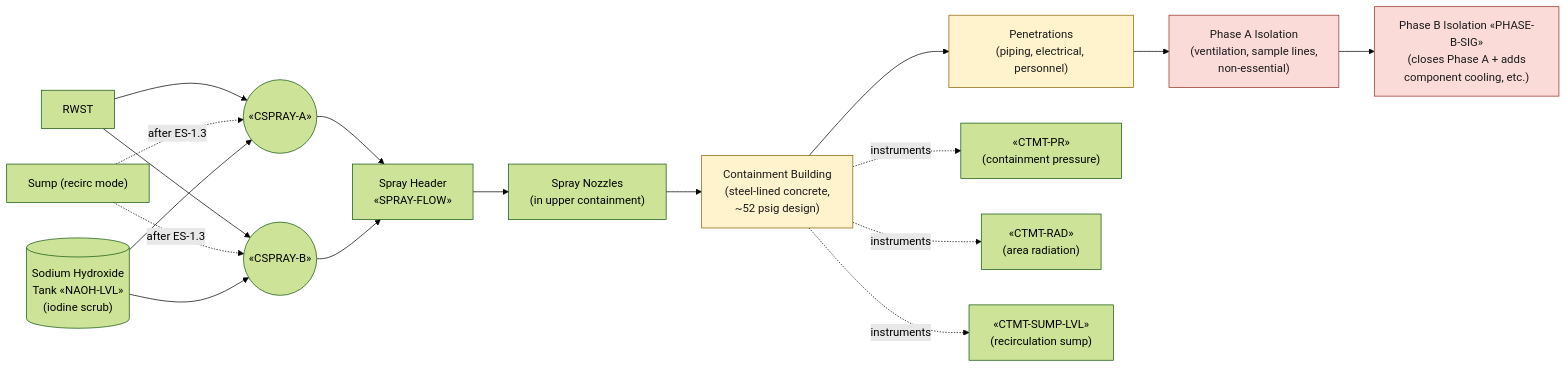
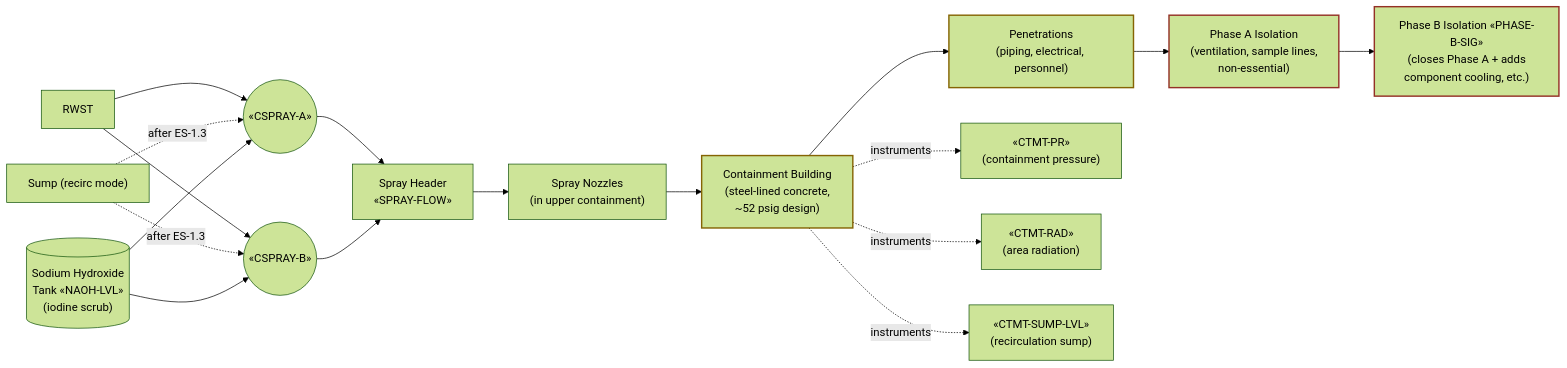
One commit to samsinn-wikis/pwr-ops changed the diagram in wiki/systems/containment.md. Above: the diagram before and after it, drawn with Mermaid (forest theme). The commit also changed 14 other files, not shown here.

````diff
--- a/wiki/systems/containment.md
+++ b/wiki/systems/containment.md
@@ -32,31 +32,31 @@
 ```mermaid
 flowchart LR
     SHELL["Containment Building<br/>(steel-lined concrete,<br/>~52 psig design)"]
     PEN["Penetrations<br/>(piping, electrical, personnel)"]
     PA["Phase A Isolation<br/>(ventilation, sample lines,<br/>non-essential)"]
     PB["Phase B Isolation «PHASE-B-SIG»<br/>(closes Phase A + adds<br/>component cooling, etc.)"]
     PR["«CTMT-PR»<br/>(containment pressure)"]
     RAD["«CTMT-RAD»<br/>(area radiation)"]
     SUMP["«CTMT-SUMP-LVL»<br/>(recirculation sump)"]
     SPRAY_A(("«CSPRAY-A»"))
     SPRAY_B(("«CSPRAY-B»"))
     HEADER["Spray Header<br/>«SPRAY-FLOW»"]
     NOZZLES["Spray Nozzles<br/>(in upper containment)"]
     NaOH[("Sodium Hydroxide<br/>Tank «NAOH-LVL»<br/>(iodine scrub)")]
     RWST["RWST"]
     SUMP_RECIRC["Sump (recirc mode)"]
 
     SHELL --> PEN
     PEN --> PA
     PA --> PB
     SHELL -. instruments .-> PR & RAD & SUMP
     RWST --> SPRAY_A & SPRAY_B
     SUMP_RECIRC -. "after ES-1.3" .-> SPRAY_A & SPRAY_B
     NaOH --> SPRAY_A & SPRAY_B
     SPRAY_A & SPRAY_B --> HEADER --> NOZZLES --> SHELL
 
-    classDef boundary fill:#fff3cd,stroke:#856404,color:#1a1a1a
-    classDef isol fill:#fadbd8,stroke:#943126,color:#1a1a1a
+    classDef boundary stroke:#856404,stroke-width:2px
+    classDef isol stroke:#943126,stroke-width:2px
     class SHELL,PEN boundary
     class PA,PB isol
 ```
````
